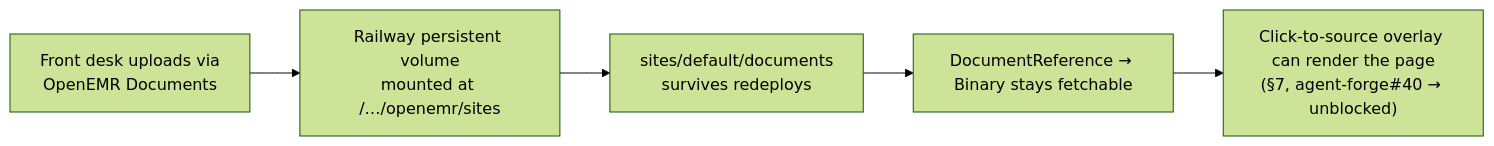
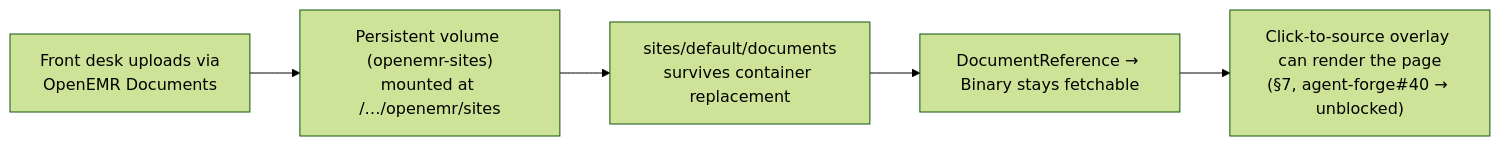
Before and after one commit to adammarquette/agent-forge-copilot: the sixth of 6 diagrams in documentation/W2_ARCHITECTURE.md, drawn with Mermaid (forest theme). The commit also changed other lines of this file and 57 other files, not shown here.

````diff
--- a/documentation/W2_ARCHITECTURE.md
+++ b/documentation/W2_ARCHITECTURE.md
@@ -640,7 +642,7 @@
 ```mermaid
 flowchart LR
-    U["Front desk uploads via<br/>OpenEMR Documents"] --> V["Railway persistent volume<br/>mounted at /…/openemr/sites"]
-    V --> P["sites/default/documents<br/>survives redeploys"]
+    U["Front desk uploads via<br/>OpenEMR Documents"] --> V["Persistent volume (openemr-sites)<br/>mounted at /…/openemr/sites"]
+    V --> P["sites/default/documents<br/>survives container replacement"]
     P --> B["DocumentReference → Binary stays fetchable"]
     B --> O["Click-to-source overlay can render the page<br/>(§7, agent-forge#40 → unblocked)"]
 ```
````
